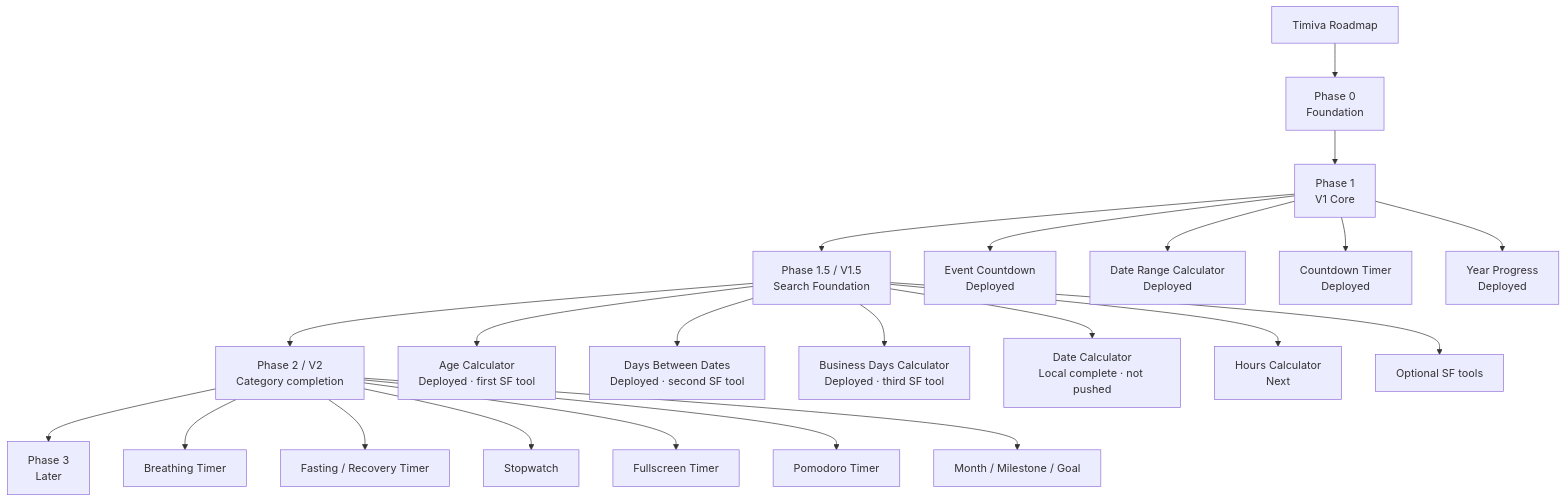
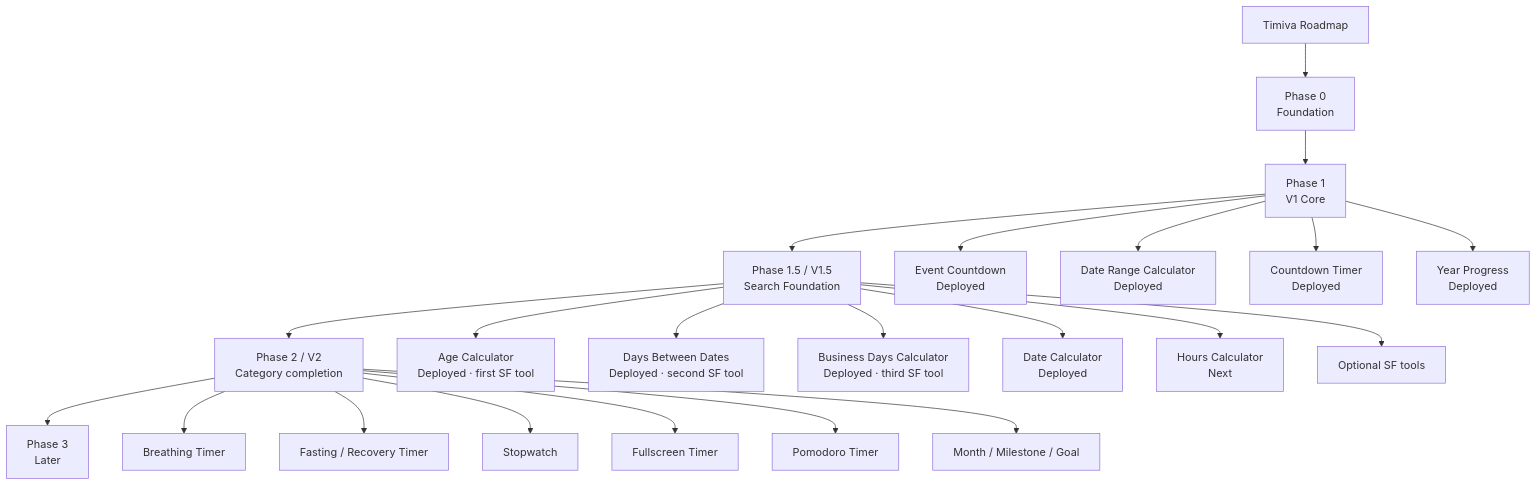
One commit to jd-jane/Timiva changed the diagram in docs/core/roadmap.md. Above: the diagram before and after it, drawn with Mermaid. The commit also changed other lines of this file and 5 other files, not shown here.

Commit message:
docs: record Date Calculator deployment

````diff
--- a/docs/core/roadmap.md
+++ b/docs/core/roadmap.md
@@ -35,27 +35,27 @@
 ```mermaid
 flowchart TD
     A[Timiva Roadmap] --> B[Phase 0<br/>Foundation]
     B --> C[Phase 1<br/>V1 Core]
     C --> D[Phase 1.5 / V1.5<br/>Search Foundation]
     D --> E[Phase 2 / V2<br/>Category completion]
     E --> F[Phase 3<br/>Later]
 
     C --> C1[Event Countdown<br/>Deployed]
     C --> C2[Date Range Calculator<br/>Deployed]
     C --> C3[Countdown Timer<br/>Deployed]
     C --> C4[Year Progress<br/>Deployed]
 
     D --> D1[Age Calculator<br/>Deployed · first SF tool]
     D --> D2[Days Between Dates<br/>Deployed · second SF tool]
     D --> D3[Business Days Calculator<br/>Deployed · third SF tool]
-    D --> D4[Date Calculator<br/>Local complete · not pushed]
+    D --> D4[Date Calculator<br/>Deployed]
     D --> D5[Hours Calculator<br/>Next]
     D --> D6[Optional SF tools]
 
     E --> E1[Breathing Timer]
     E --> E2[Fasting / Recovery Timer]
     E --> E3[Stopwatch]
     E --> E4[Fullscreen Timer]
     E --> E5[Pomodoro Timer]
     E --> E6[Month / Milestone / Goal]
 ```
````
